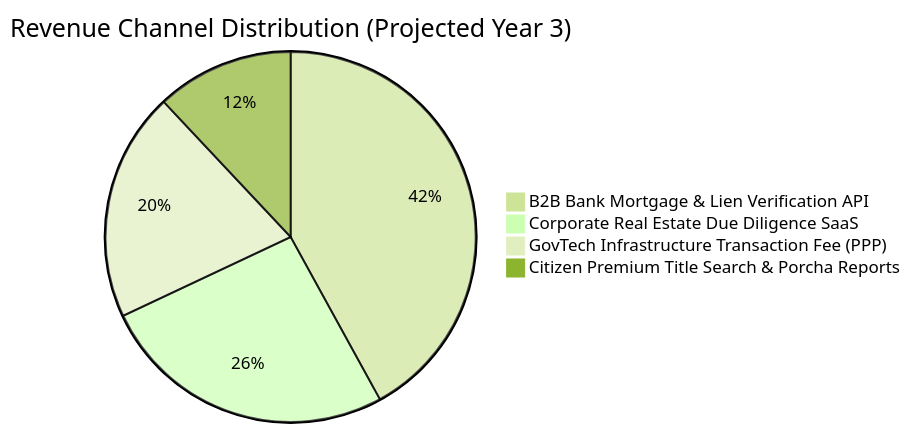
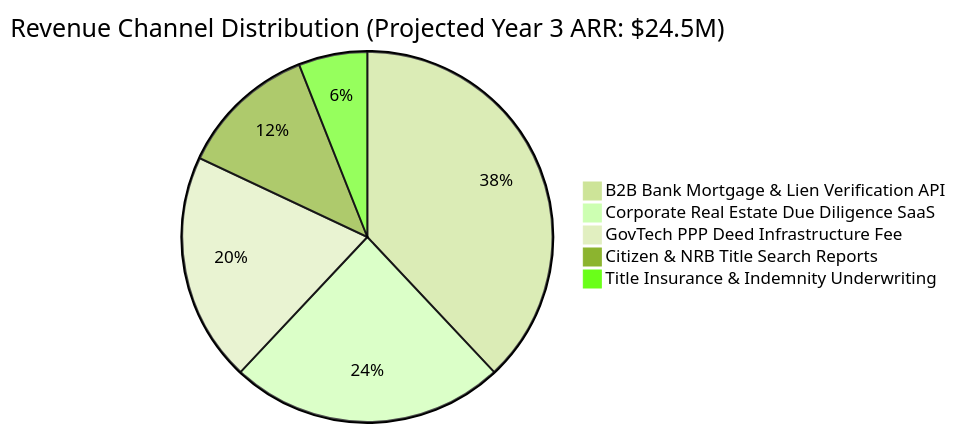
One commit to BornilMahmud/-landtech-la-135 changed the diagram in info/BUSINESS_PROOF_AND_ROI.md. Above: the diagram before and after it, drawn with Mermaid (forest theme). The commit also changed other lines of this file and 4 other files, not shown here.

Commit message:
docs: enrich info directory with RAJUK/DLRS architecture, business ROI models, and societal impact

````diff
--- a/info/BUSINESS_PROOF_AND_ROI.md
+++ b/info/BUSINESS_PROOF_AND_ROI.md
@@ -54,7 +64,8 @@
 ```mermaid
-pie title Revenue Channel Distribution (Projected Year 3)
-    "B2B Bank Mortgage & Lien Verification API" : 42
-    "Corporate Real Estate Due Diligence SaaS" : 26
-    "GovTech Infrastructure Transaction Fee (PPP)" : 20
-    "Citizen Premium Title Search & Porcha Reports" : 12
+pie title Revenue Channel Distribution (Projected Year 3 ARR: $24.5M)
+    "B2B Bank Mortgage & Lien Verification API" : 38
+    "Corporate Real Estate Due Diligence SaaS" : 24
+    "GovTech PPP Deed Infrastructure Fee" : 20
+    "Citizen & NRB Title Search Reports" : 12
+    "Title Insurance & Indemnity Underwriting" : 6
 ```
````
